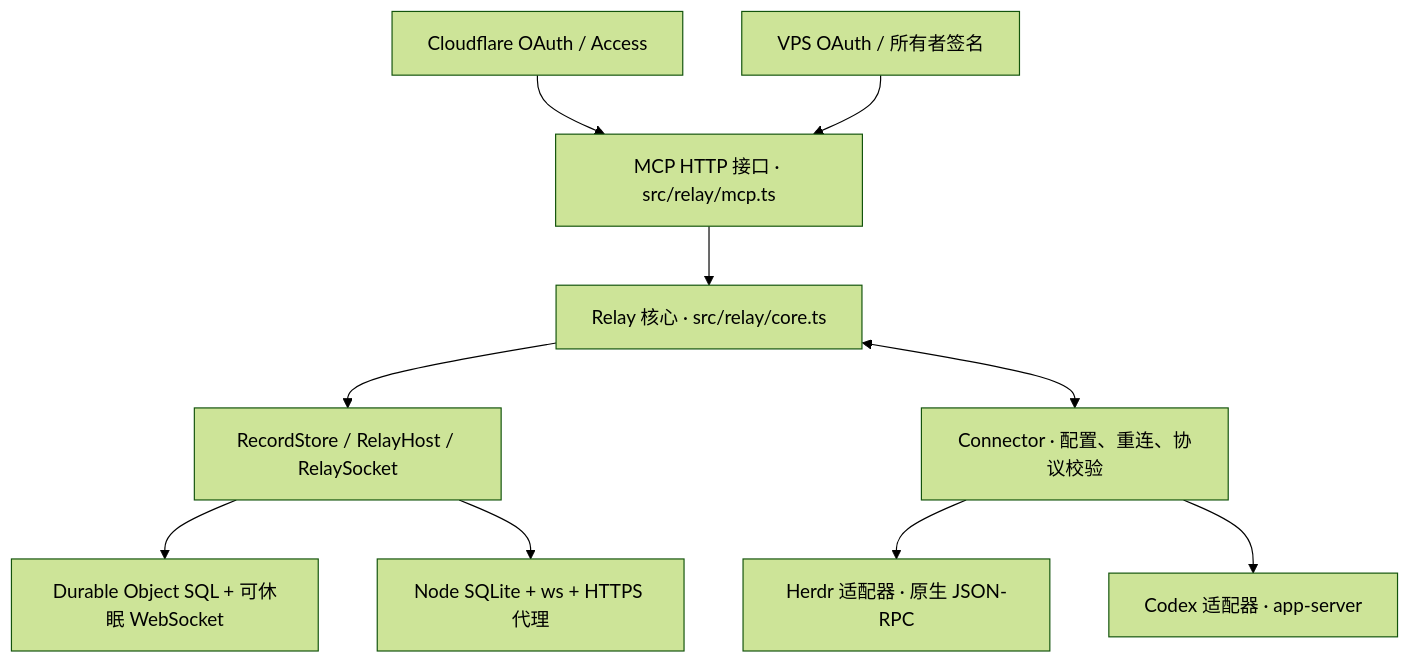
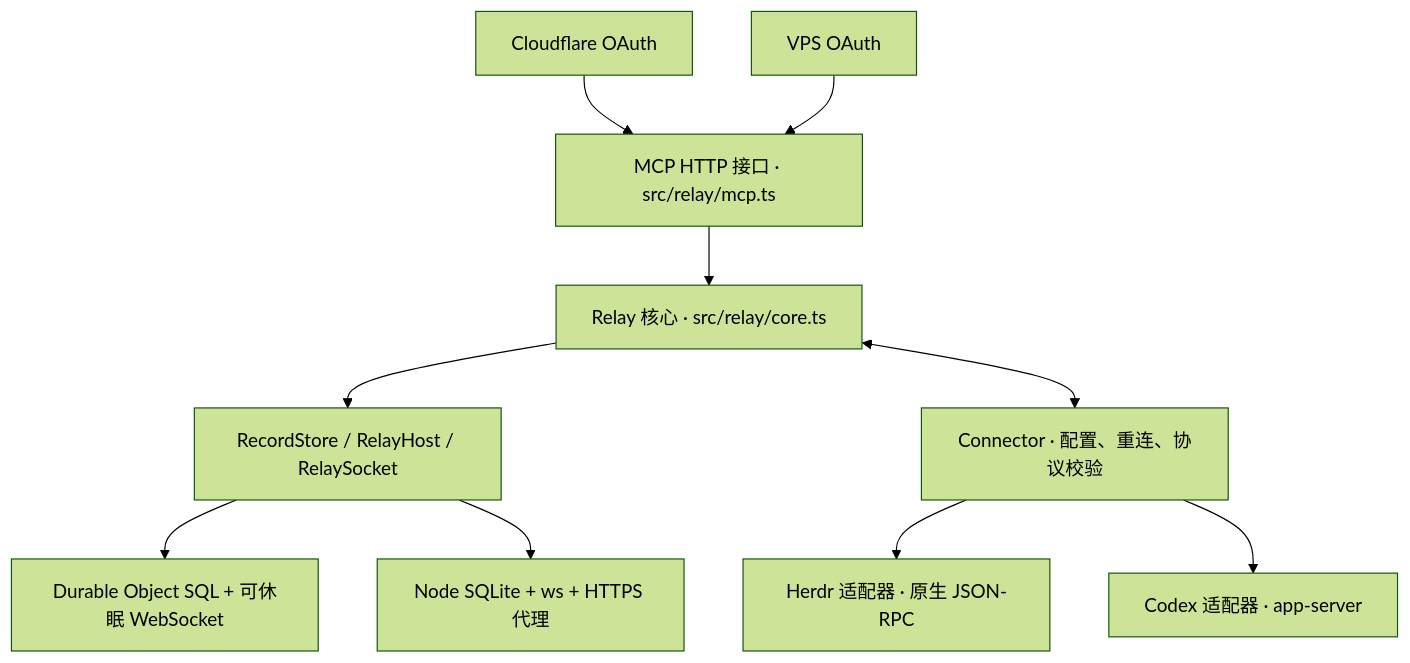
Before and after one commit to AkaraChen/agenvo: the diagram in docs/design/architecture.zh-CN.md, drawn with Mermaid (forest theme). The commit also changed other lines of this file and 49 other files, not shown here.

````diff
--- a/docs/design/architecture.zh-CN.md
+++ b/docs/design/architecture.zh-CN.md
@@ -9,12 +9,12 @@
 ```mermaid
 flowchart TB
   MCP["MCP HTTP 接口 · src/relay/mcp.ts"] --> CORE["Relay 核心 · src/relay/core.ts"]
-  CF["Cloudflare OAuth / Access"] --> MCP
-  VPS["VPS OAuth / 所有者签名"] --> MCP
+  CF["Cloudflare OAuth"] --> MCP
+  VPS["VPS OAuth"] --> MCP
   CORE --> PORT["RecordStore / RelayHost / RelaySocket"]
   PORT --> DO["Durable Object SQL + 可休眠 WebSocket"]
   PORT --> NODE["Node SQLite + ws + HTTPS 代理"]
   CORE <--> CON["Connector · 配置、重连、协议校验"]
   CON --> HERDR["Herdr 适配器 · 原生 JSON-RPC"]
   CON --> CODEX["Codex 适配器 · app-server"]
 ```
````
